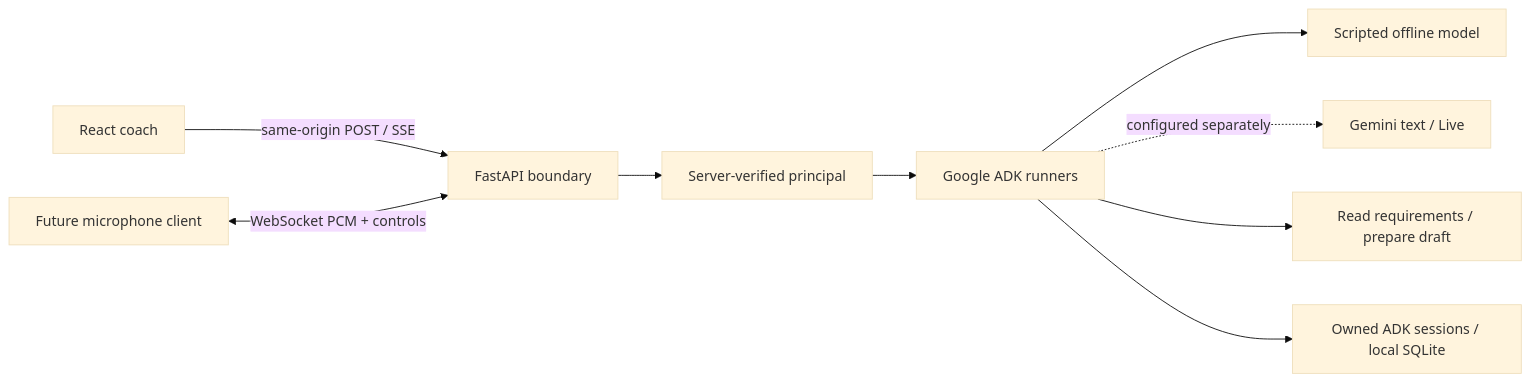
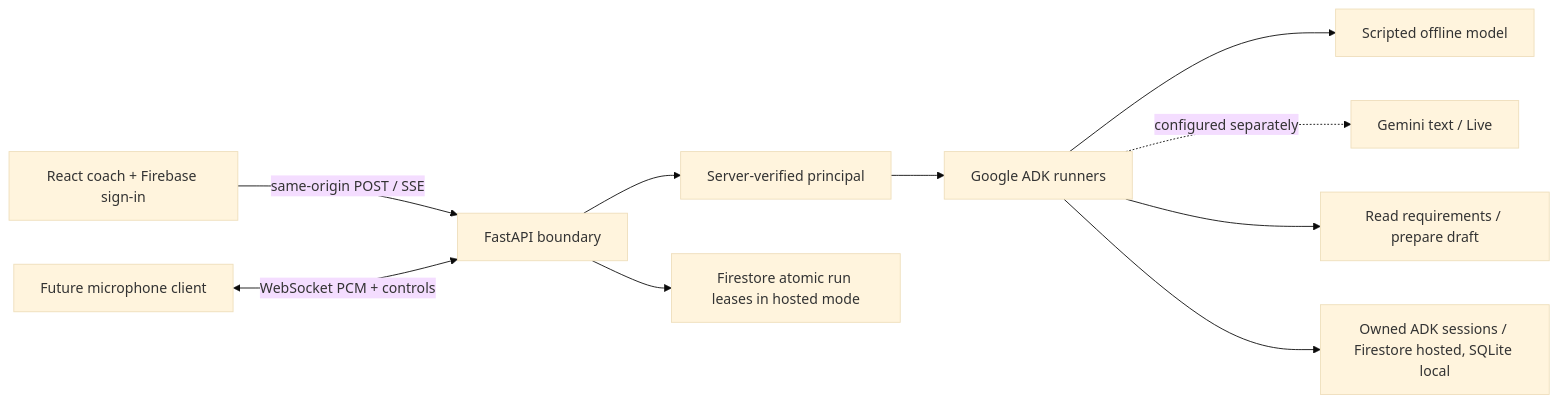
Before and after one commit to Shreyaanp/AI-Builder-Cup-2026: the diagram in docs/AI_ARCHITECTURE.md, drawn with Mermaid (base theme). The commit also changed other lines of this file and 46 other files, not shown here.

Commit message:
Add authenticated Firestore memory and gated Cloud Run release

````diff
--- a/docs/AI_ARCHITECTURE.md
+++ b/docs/AI_ARCHITECTURE.md
@@ -5,11 +5,12 @@
 ```mermaid
 flowchart LR
-  UI[React coach] -->|same-origin POST / SSE| API[FastAPI boundary]
+  UI[React coach + Firebase sign-in] -->|same-origin POST / SSE| API[FastAPI boundary]
   Client[Future microphone client] <-->|WebSocket PCM + controls| API
   API --> Auth[Server-verified principal]
   Auth --> Runtime[Google ADK runners]
   Runtime --> Fixture[Scripted offline model]
   Runtime -. configured separately .-> Gemini[Gemini text / Live]
   Runtime --> Tools[Read requirements / prepare draft]
-  Runtime --> Sessions[Owned ADK sessions / local SQLite]
+  Runtime --> Sessions[Owned ADK sessions / Firestore hosted, SQLite local]
+  API --> Leases[Firestore atomic run leases in hosted mode]
 ```
````
